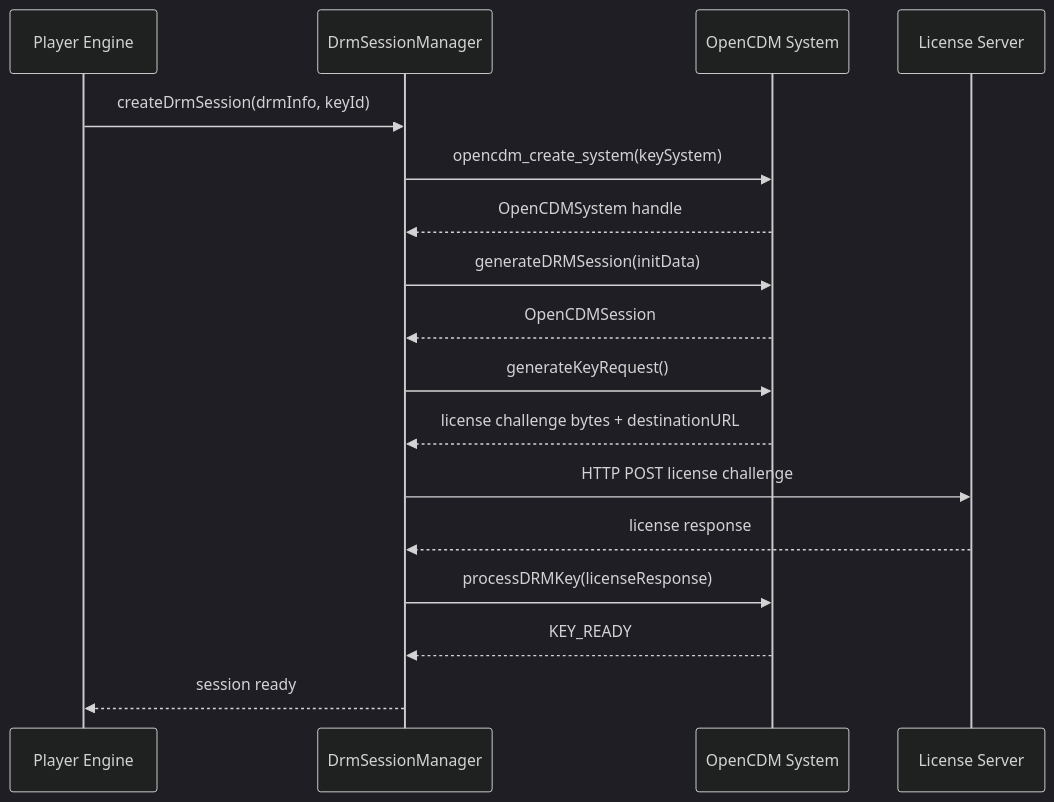
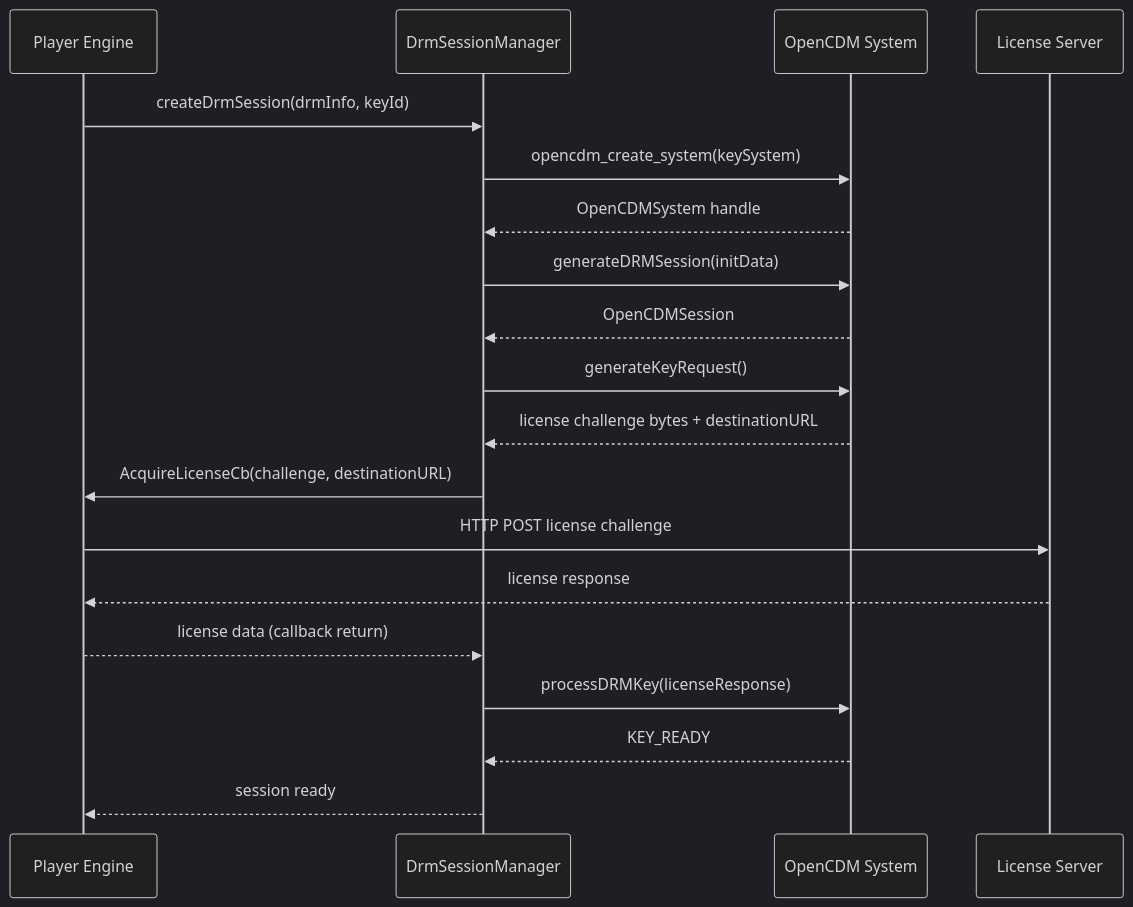
The sixth of 7 diagrams in README.md (rdkcentral/middleware-player-interface), drawn with Mermaid (dark theme) before and after one commit. The commit also changed other lines of this file, not shown here.

````diff
--- a/README.md
+++ b/README.md
@@ -368,20 +371,22 @@
 ```mermaid
 sequenceDiagram
     participant Engine as Player Engine
     participant DrmMgr as DrmSessionManager
     participant OCDM as OpenCDM System
     participant LicServer as License Server
 
     Engine->>DrmMgr: createDrmSession(drmInfo, keyId)
     DrmMgr->>OCDM: opencdm_create_system(keySystem)
     OCDM-->>DrmMgr: OpenCDMSystem handle
     DrmMgr->>OCDM: generateDRMSession(initData)
     OCDM-->>DrmMgr: OpenCDMSession
     DrmMgr->>OCDM: generateKeyRequest()
     OCDM-->>DrmMgr: license challenge bytes + destinationURL
-    DrmMgr->>LicServer: HTTP POST license challenge
-    LicServer-->>DrmMgr: license response
+    DrmMgr->>Engine: AcquireLicenseCb(challenge, destinationURL)
+    Engine->>LicServer: HTTP POST license challenge
+    LicServer-->>Engine: license response
+    Engine-->>DrmMgr: license data (callback return)
     DrmMgr->>OCDM: processDRMKey(licenseResponse)
     OCDM-->>DrmMgr: KEY_READY
     DrmMgr-->>Engine: session ready
 ```
````
